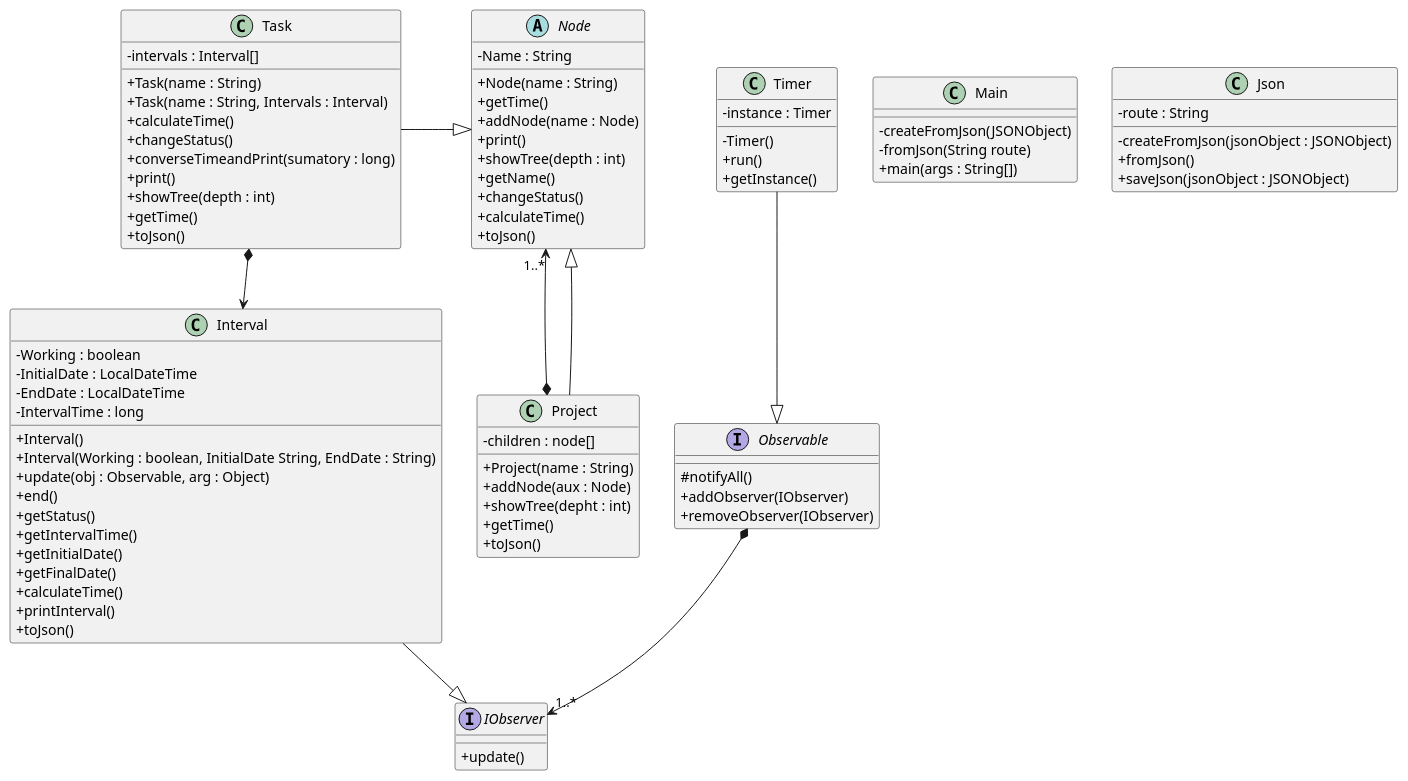
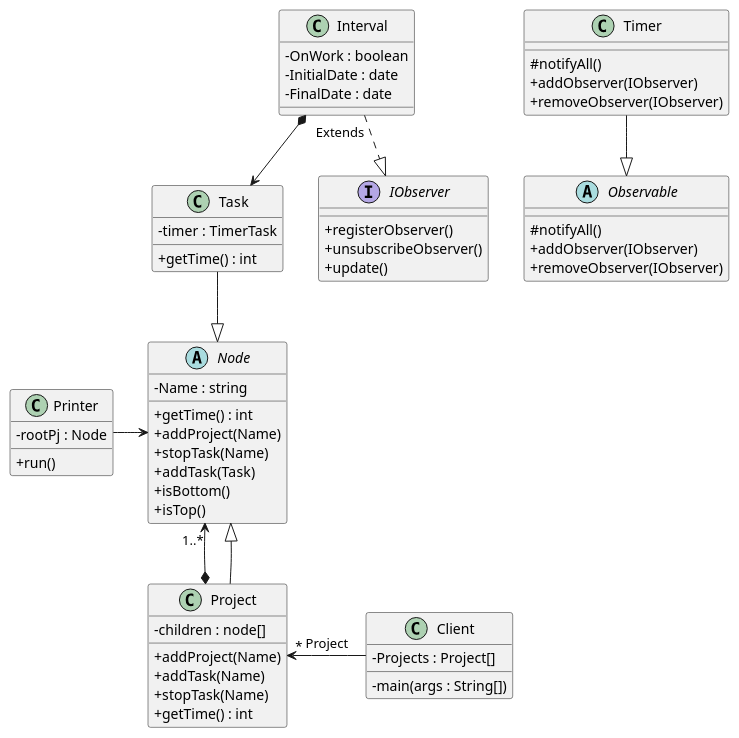
The diagram in model.puml (lluisalonsop/PracticaDS-2021-2022), drawn with PlantUML before and after one commit.

```diff
--- a/model.puml
+++ b/model.puml
@@ -1,92 +1,65 @@
 @startuml
 
 skinparam classAttributeIconSize 0
 
-class Main {
-    - createFromJson(JSONObject)
-    - fromJson(String route)
-    + main(args : String[])
-}
-
-class Json {
-    - route : String
-    - createFromJson(jsonObject : JSONObject)
-    + fromJson()
-    + saveJson(jsonObject : JSONObject)
+class Client {
+    - Projects : Project[]
+    - main(args : String[])
 }
 
 Abstract Node{
-    - Name : String
-    + Node(name : String)
-    + getTime()
-    + addNode(name : Node)
-    + print()
-    + showTree(depth : int)
-    + getName()
-    + changeStatus()
-    + calculateTime()
-    + toJson()
+    - Name : string
+    + getTime() : int
+    + addProject(Name)
+    +stopTask(Name)
+    + addTask(Task)
+    + isBottom()
+    + isTop()
 }
 
 class Project {
     - children : node[]
-    + Project(name : String)
-    + addNode(aux : Node)
-    + showTree(depht : int)
-    + getTime()
-    + toJson()
+    + addProject(Name)
+    + addTask(Name)
+    + stopTask(Name)
+    + getTime() : int
 }
 
 class Task {
-    - intervals : Interval[]
-    + Task(name : String) 
-    + Task(name : String, Intervals : Interval)
-    + calculateTime()
-    + changeStatus()
-    + converseTimeandPrint(sumatory : long)
-    + print()
-    + showTree(depth : int)
-    + getTime()
-    + toJson()
+    - timer : TimerTask
+    + getTime() : int
 }
 class Interval{
-    - Working : boolean
-    - InitialDate : LocalDateTime
-    - EndDate : LocalDateTime
-    - IntervalTime : long
-    + Interval()
-    + Interval(Working : boolean, InitialDate String, EndDate : String)
-    + update(obj : Observable, arg : Object)
-    + end()
-    + getStatus()
-    + getIntervalTime()
-    + getInitialDate()
-    + getFinalDate()
-    + calculateTime()
-    + printInterval()
-    + toJson()
+    - OnWork : boolean
+    -InitialDate : date
+    -FinalDate : date
 }
 
-Interface Observable{
+Abstract Observable{
     #notifyAll()
     +addObserver(IObserver)
     +removeObserver(IObserver)
 }
 class Timer{
-    - instance : Timer
-    - Timer()
+    #notifyAll()
+    +addObserver(IObserver)
+    +removeObserver(IObserver)
+}
+class Printer{
+    -rootPj : Node
     + run()
-    + getInstance()
 }
 Interface (IObserver){
+    +registerObserver()
+    +unsubscribeObserver()
     +update()
 }
-Task *--> Interval
+Interval *--> Task
 Project *-up-> "1..*" Node
-
-Task -right-|> Node
+Client -left-> "*" Project: Project
+Task -down-|> Node
 Project -up-|> Node
 Timer --|> Observable
-Interval --|> IObserver
-Observable *--> "1..*" IObserver
+Interval "Extends" ..|> IObserver
+Printer -> Node
 @enduml
```
